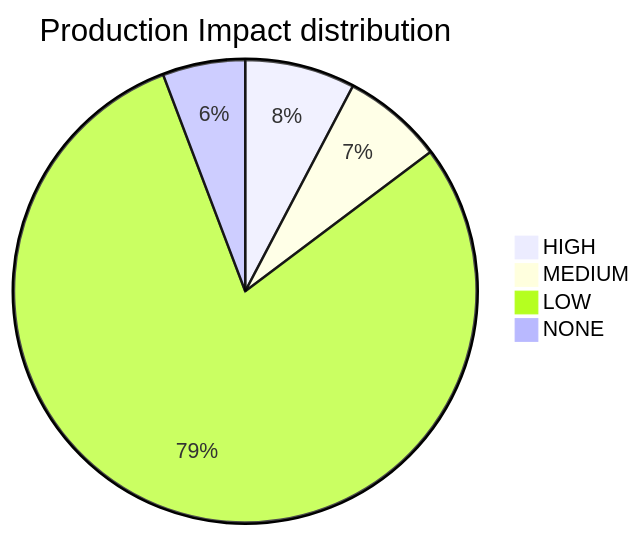
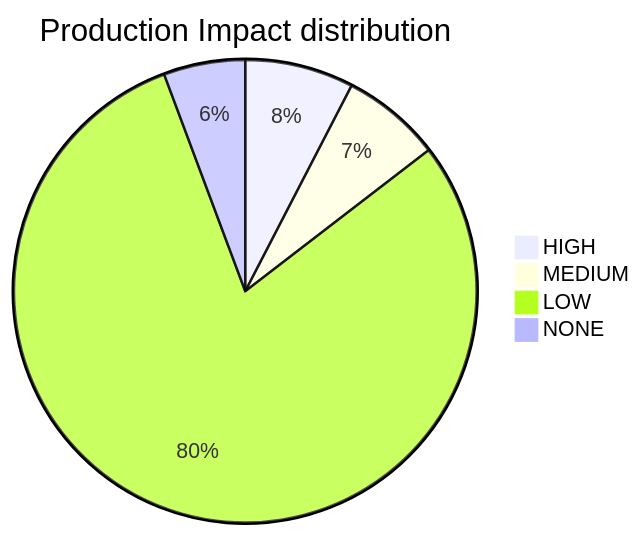
One commit to mikeybeezy/goldenpath-idp-infra changed the diagram in PLATFORM_HEALTH.md. Above: the diagram before and after it, drawn with Mermaid. The commit also changed other lines of this file, not shown here.

````diff
--- a/PLATFORM_HEALTH.md
+++ b/PLATFORM_HEALTH.md
@@ -55,7 +55,7 @@
 ```mermaid
 pie title Production Impact distribution
     "HIGH" : 36
     "MEDIUM" : 33
-    "LOW" : 372
+    "LOW" : 378
     "NONE" : 27
 ```
````
